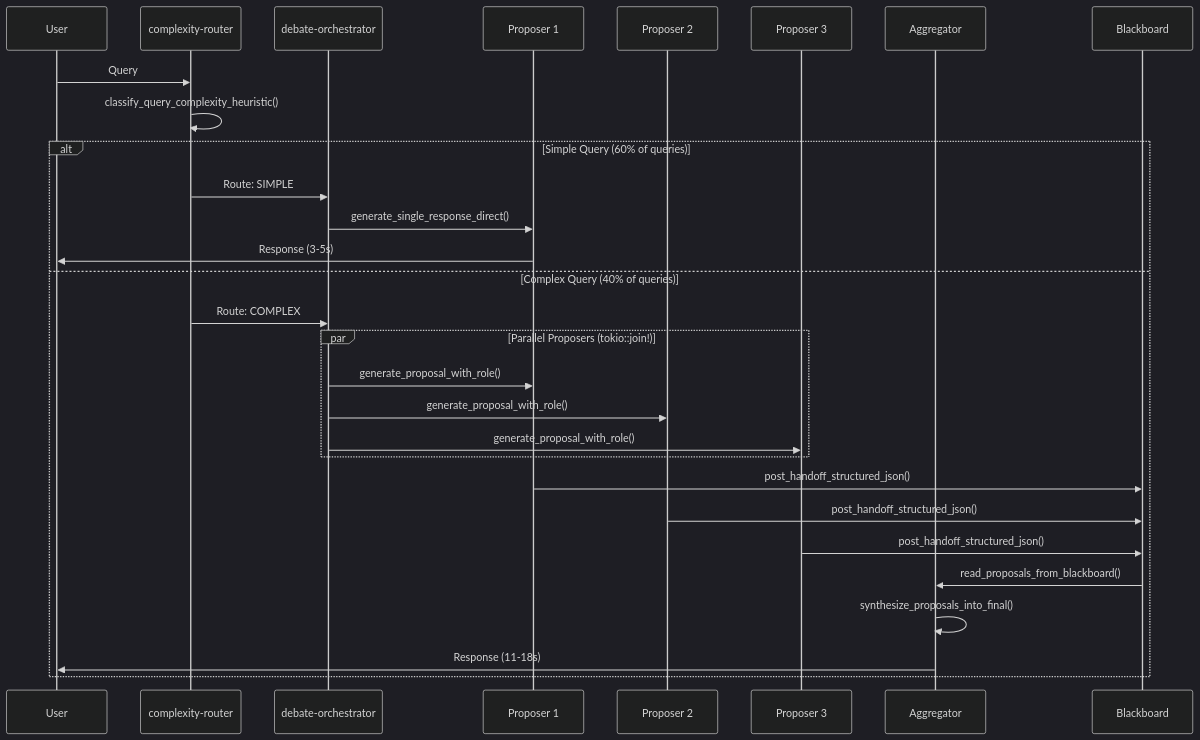
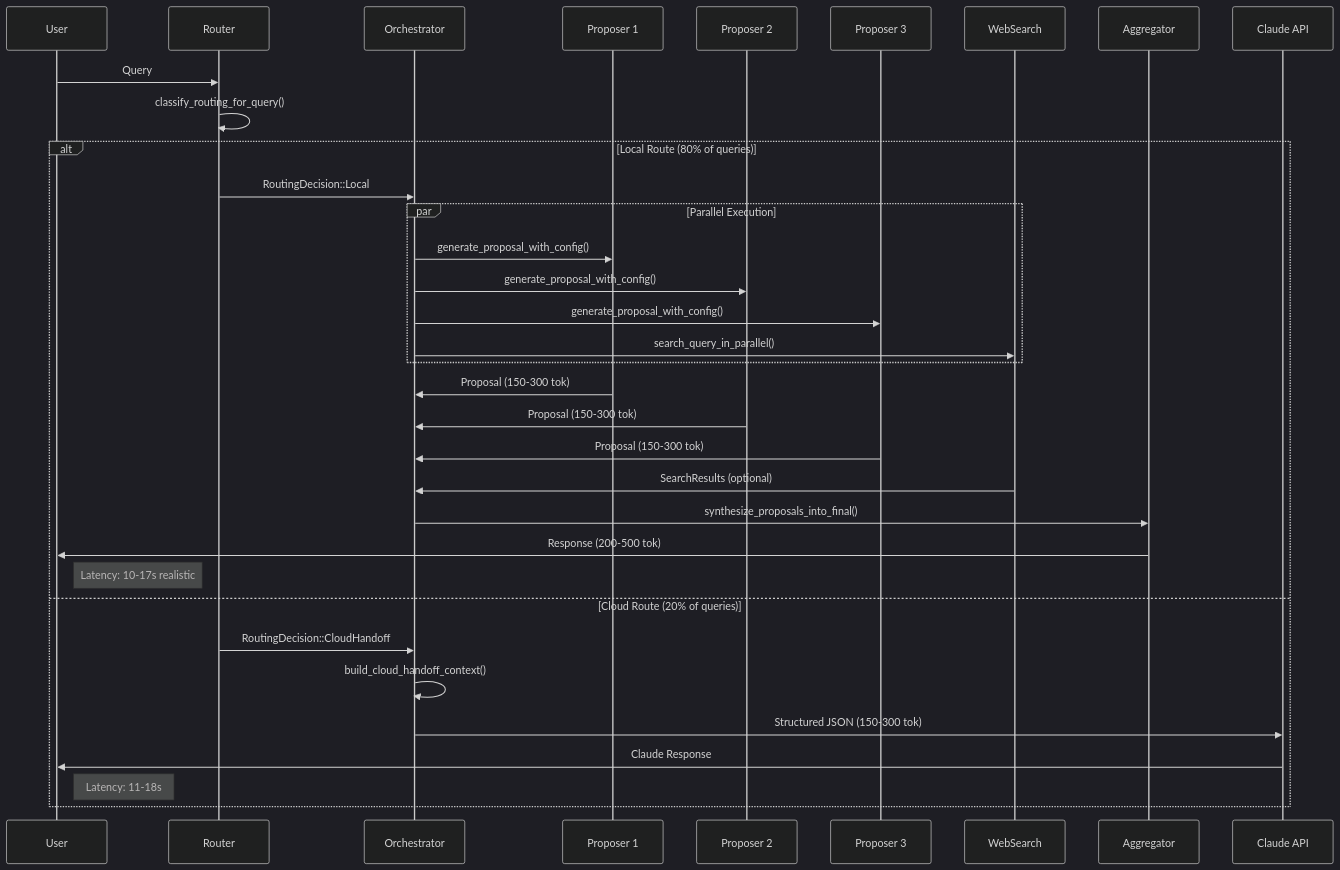
The second of 4 diagrams in architecture-moa-lite-debate-system.md (that-in-rust/pensieve-local-llm-server), drawn with Mermaid (dark theme) before and after one commit. The commit also changed other lines of this file and 10 other files, not shown here.

````diff
--- a/architecture-moa-lite-debate-system.md
+++ b/architecture-moa-lite-debate-system.md
@@ -65,36 +73,42 @@
 ```mermaid
 sequenceDiagram
     participant U as User
-    participant R as complexity-router
-    participant O as debate-orchestrator
+    participant R as Router
+    participant O as Orchestrator
     participant P1 as Proposer 1
     participant P2 as Proposer 2
     participant P3 as Proposer 3
+    participant WS as WebSearch
     participant A as Aggregator
-    participant B as Blackboard
+    participant C as Claude API
 
     U->>R: Query
-    R->>R: classify_query_complexity_heuristic()
+    R->>R: classify_routing_for_query()
 
-    alt Simple Query (60% of queries)
-        R->>O: Route: SIMPLE
-        O->>P1: generate_single_response_direct()
-        P1->>U: Response (3-5s)
-    else Complex Query (40% of queries)
-        R->>O: Route: COMPLEX
+    alt Local Route (80% of queries)
+        R->>O: RoutingDecision::Local
 
-        par Parallel Proposers (tokio::join!)
-            O->>P1: generate_proposal_with_role()
-            O->>P2: generate_proposal_with_role()
-            O->>P3: generate_proposal_with_role()
+        par Parallel Execution
+            O->>P1: generate_proposal_with_config()
+            O->>P2: generate_proposal_with_config()
+            O->>P3: generate_proposal_with_config()
+            O->>WS: search_query_in_parallel()
         end
 
-        P1->>B: post_handoff_structured_json()
-        P2->>B: post_handoff_structured_json()
-        P3->>B: post_handoff_structured_json()
+        P1->>O: Proposal (150-300 tok)
+        P2->>O: Proposal (150-300 tok)
+        P3->>O: Proposal (150-300 tok)
+        WS->>O: SearchResults (optional)
 
-        B->>A: read_proposals_from_blackboard()
-        A->>A: synthesize_proposals_into_final()
-        A->>U: Response (11-18s)
+        O->>A: synthesize_proposals_into_final()
+        A->>U: Response (200-500 tok)
+        Note right of U: Latency: 10-17s realistic
+
+    else Cloud Route (20% of queries)
+        R->>O: RoutingDecision::CloudHandoff
+        O->>O: build_cloud_handoff_context()
+        O->>C: Structured JSON (150-300 tok)
+        C->>U: Claude Response
+        Note right of U: Latency: 11-18s
     end
 ```
````
